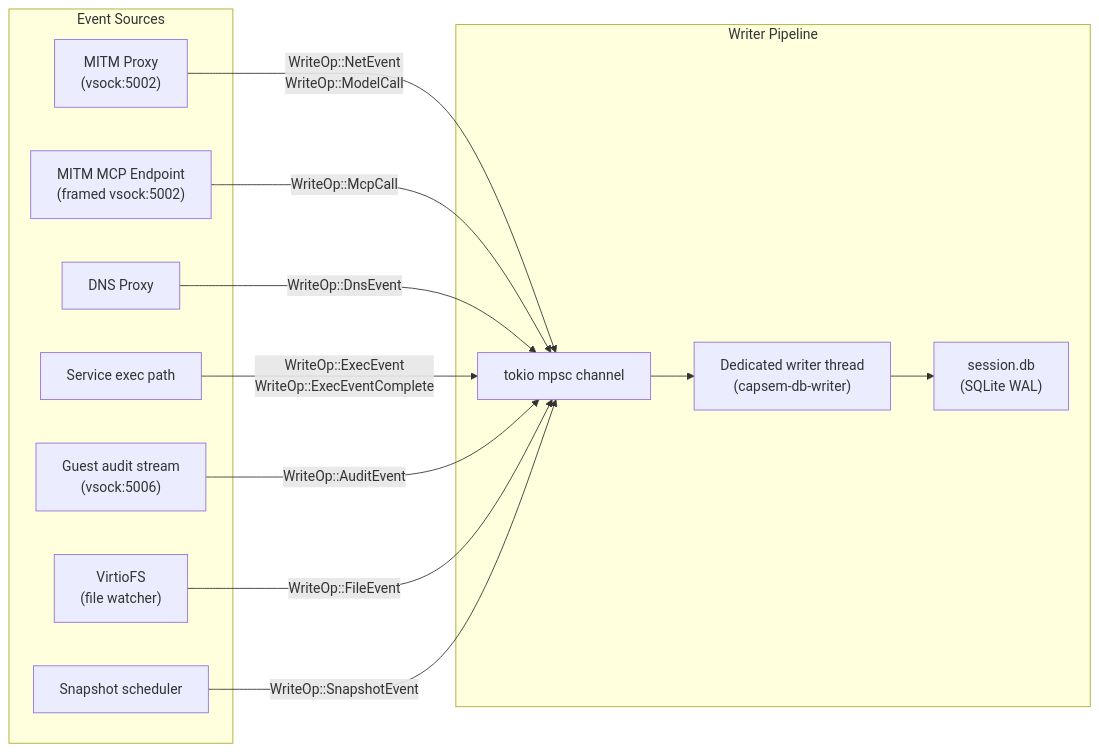
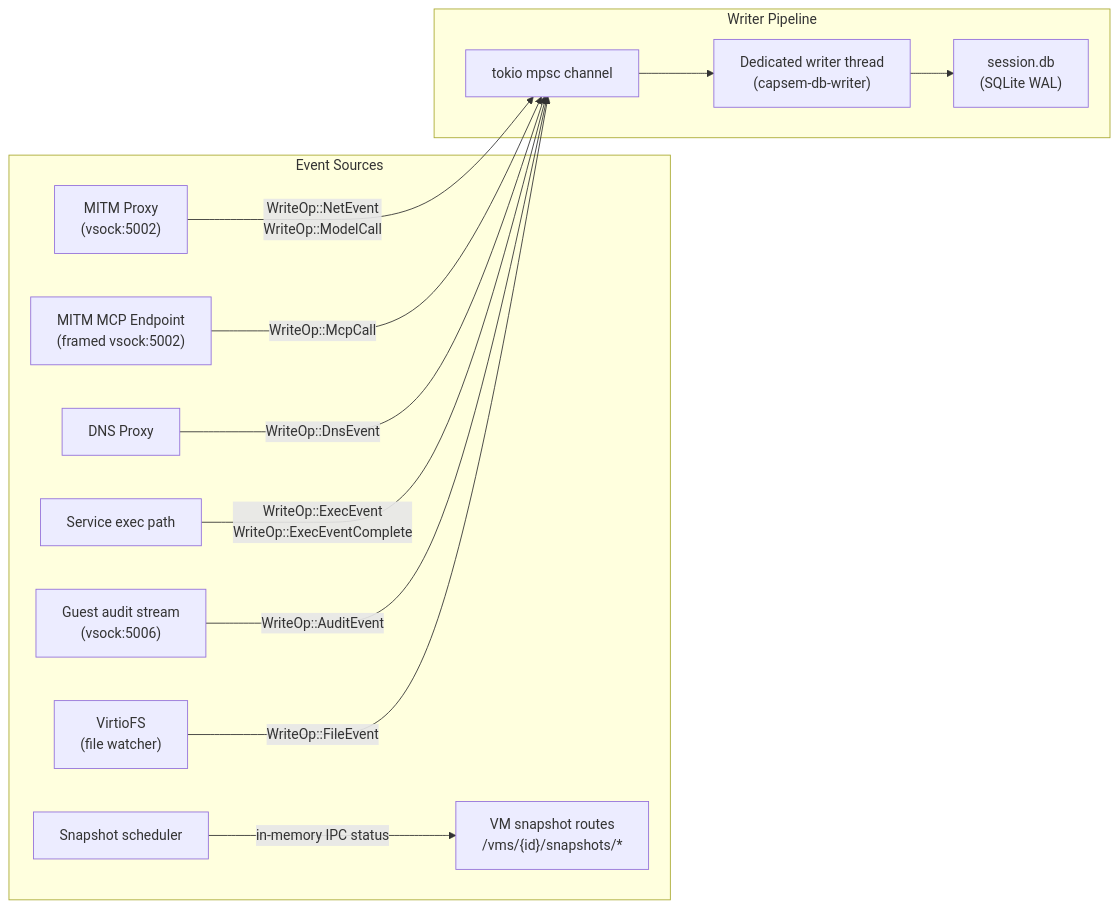
The second of 3 diagrams in docs/src/content/docs/architecture/session-telemetry.md (google/capsem), drawn with Mermaid before and after one commit. The commit also changed other lines of this file and 30 other files, not shown here.

````diff
--- a/docs/src/content/docs/architecture/session-telemetry.md
+++ b/docs/src/content/docs/architecture/session-telemetry.md
@@ -388,28 +372,29 @@
 ```mermaid
 graph LR
     subgraph "Event Sources"
         MITM["MITM Proxy<br/>(vsock:5002)"]
         MCP["MITM MCP Endpoint<br/>(framed vsock:5002)"]
         DNS["DNS Proxy"]
         EXEC["Service exec path"]
         AUDIT["Guest audit stream<br/>(vsock:5006)"]
         FS["VirtioFS<br/>(file watcher)"]
         SNAP["Snapshot scheduler"]
+        SNAPAPI["VM snapshot routes<br/>/vms/{id}/snapshots/*"]
     end
 
     subgraph "Writer Pipeline"
         CH["tokio mpsc channel"]
         WT["Dedicated writer thread<br/>(capsem-db-writer)"]
         DB["session.db<br/>(SQLite WAL)"]
     end
 
     MITM -->|"WriteOp::NetEvent<br/>WriteOp::ModelCall"| CH
     MCP -->|"WriteOp::McpCall"| CH
     DNS -->|"WriteOp::DnsEvent"| CH
     EXEC -->|"WriteOp::ExecEvent<br/>WriteOp::ExecEventComplete"| CH
     AUDIT -->|"WriteOp::AuditEvent"| CH
     FS -->|"WriteOp::FileEvent"| CH
-    SNAP -->|"WriteOp::SnapshotEvent"| CH
+    SNAP -->|"in-memory IPC status"| SNAPAPI
     CH --> WT
     WT --> DB
 ```
````
